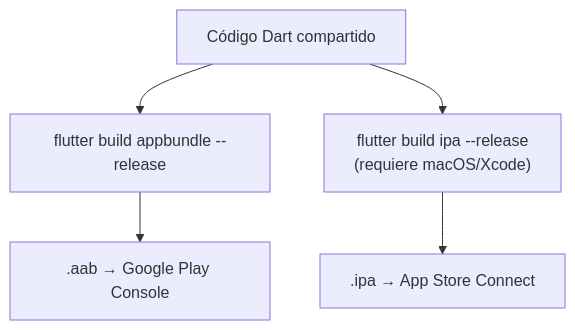
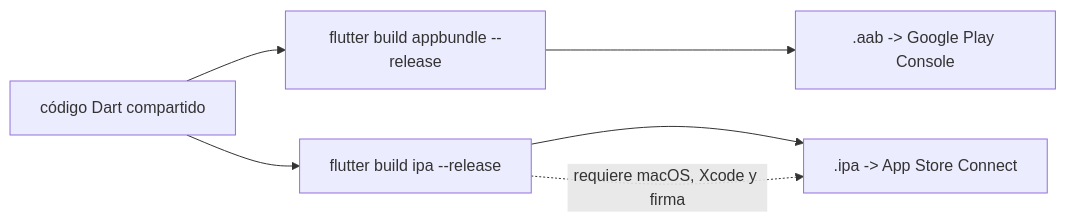
One commit to NICORUIZ93/The_Imperial_Book changed the first of 4 diagrams in web/public/content/flutter/modulo-11.md. Above: the diagram before and after it, drawn with Mermaid. The commit also changed other lines of this file and 287 other files, not shown here.

````diff
--- a/web/public/content/flutter/modulo-11.md
+++ b/web/public/content/flutter/modulo-11.md
@@ -45,7 +21,8 @@
 ```mermaid
-flowchart TD
-    A["Código Dart compartido"] --> B["flutter build appbundle --release"]
-    A --> C["flutter build ipa --release\n(requiere macOS/Xcode)"]
-    B --> D[".aab → Google Play Console"]
-    C --> E[".ipa → App Store Connect"]
+flowchart LR
+    CODE["código Dart compartido"] --> AAB["flutter build appbundle --release"]
+    CODE --> IPA["flutter build ipa --release"]
+    AAB --> PLAY[".aab -> Google Play Console"]
+    IPA --> STORE[".ipa -> App Store Connect"]
+    IPA -. "requiere macOS, Xcode y firma" .-> STORE
 ```
````
